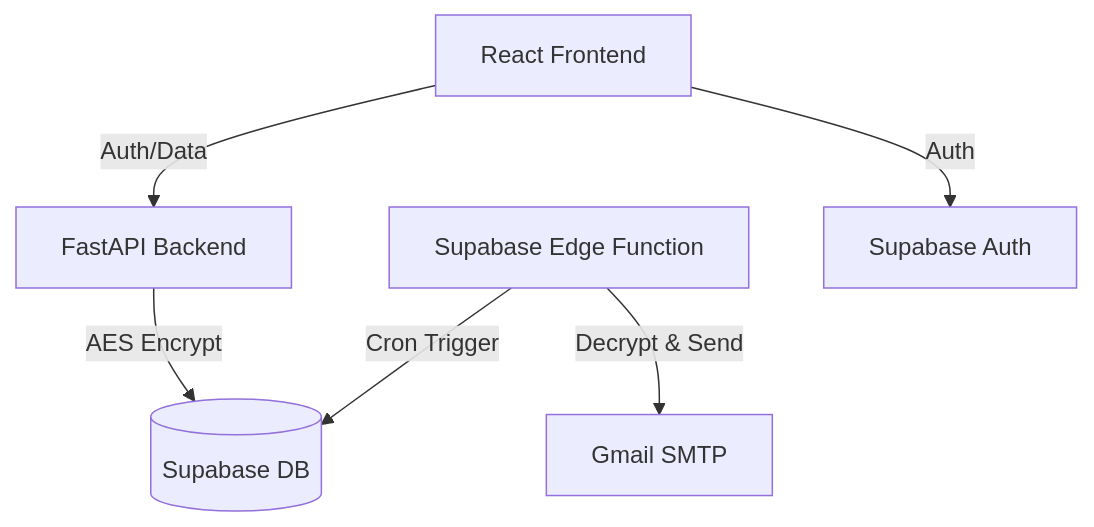
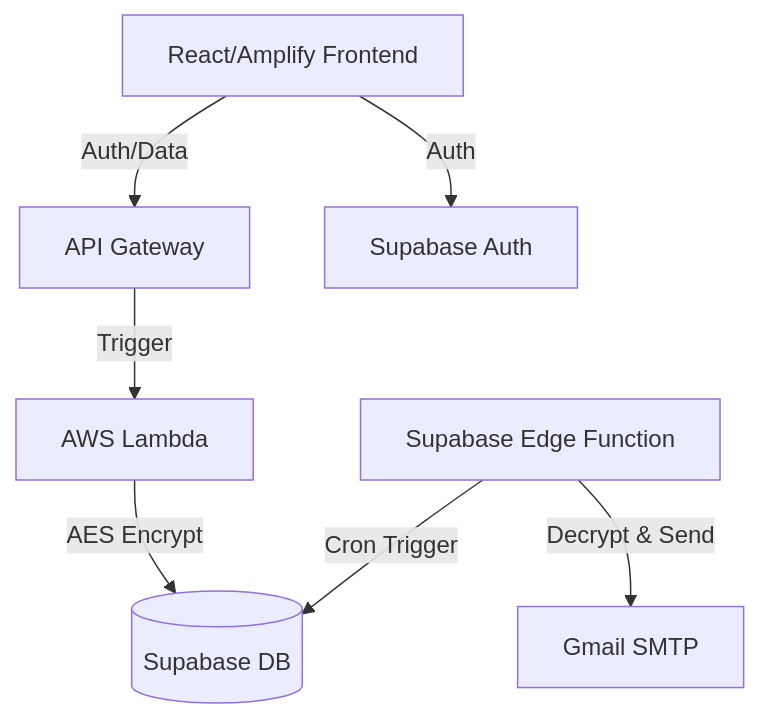
The diagram in context.md (strazyuk/DearMElastest), drawn with Mermaid before and after one commit. The commit also changed other lines of this file and 1 other file, not shown here.

````diff
--- a/context.md
+++ b/context.md
@@ -37,8 +36,9 @@
 ```mermaid
 graph TD
-    A[React Frontend] -->|Auth/Data| B[FastAPI Backend]
-    B -->|AES Encrypt| C[(Supabase DB)]
-    D[Supabase Edge Function] -->|Cron Trigger| C
-    D -->|Decrypt & Send| E[Gmail SMTP]
-    A -->|Auth| F[Supabase Auth]
+    A[React/Amplify Frontend] -->|Auth/Data| B[API Gateway]
+    B -->|Trigger| C[AWS Lambda]
+    C -->|AES Encrypt| D[(Supabase DB)]
+    E[Supabase Edge Function] -->|Cron Trigger| D
+    E -->|Decrypt & Send| F[Gmail SMTP]
+    A -->|Auth| G[Supabase Auth]
 ```
````
